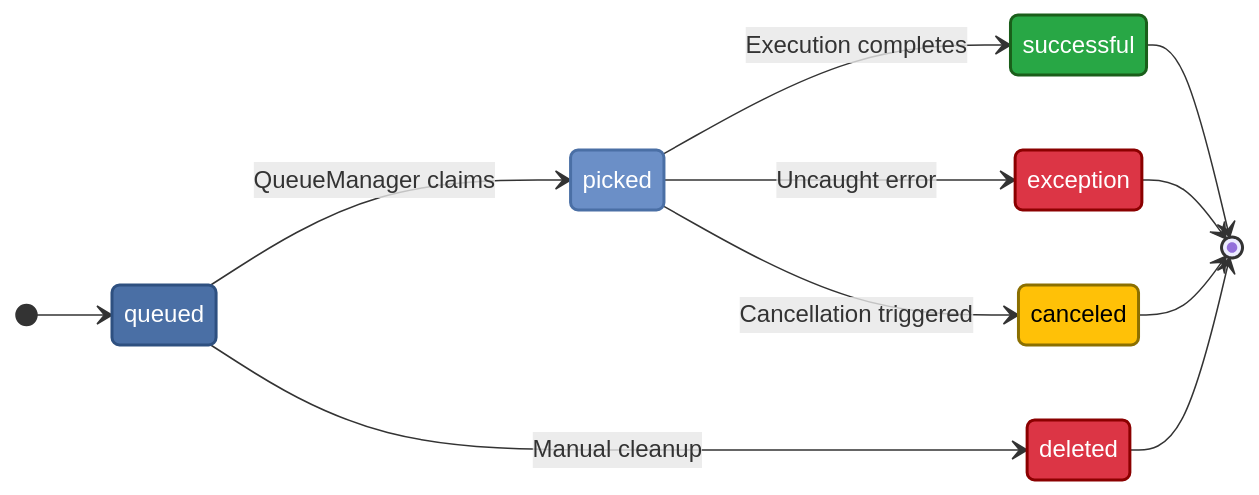
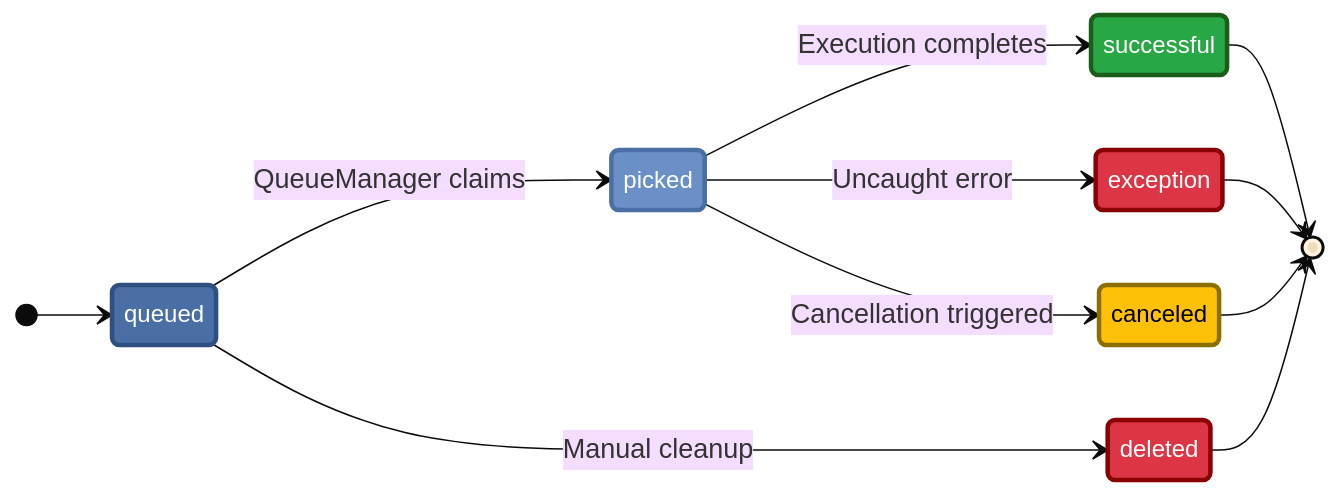
Before and after one commit to janbjorge/pgqueuer: the third of 3 diagrams in docs/reference/architecture.md, drawn with Mermaid. The commit also changed other lines of this file and 2 other files, not shown here.

First line of the commit message:
docs: improve diagram readability with larger fonts and simplified layouts

````diff
--- a/docs/reference/architecture.md
+++ b/docs/reference/architecture.md
@@ -93,31 +103,32 @@
 ```mermaid
+%%{init: {'flowchart': {'htmlLabels': true}, 'theme': 'base', 'themeVariables': {'fontSize': '18px', 'fontFamily': 'Inter, sans-serif'}}}%%
 stateDiagram-v2
     direction LR
 
     [*] --> queued
 
     queued --> picked: QueueManager claims
     queued --> deleted: Manual cleanup
 
     picked --> successful: Execution completes
     picked --> exception: Uncaught error
     picked --> canceled: Cancellation triggered
 
     successful --> [*]
     exception --> [*]
     canceled --> [*]
     deleted --> [*]
 
-    classDef pending fill:#4A6FA5,stroke:#2E5080,color:#fff,stroke-width:2px
-    classDef processing fill:#6B8FC7,stroke:#4A6FA5,color:#fff,stroke-width:2px
-    classDef success fill:#28a745,stroke:#1a5e1a,color:#fff,stroke-width:2px
-    classDef failure fill:#dc3545,stroke:#8b0000,color:#fff,stroke-width:2px
-    classDef canceled fill:#ffc107,stroke:#8b6f00,color:#000,stroke-width:2px
+    classDef pending fill:#4A6FA5,stroke:#2E5080,color:#fff,stroke-width:3px,font-size:16px
+    classDef processing fill:#6B8FC7,stroke:#4A6FA5,color:#fff,stroke-width:3px,font-size:16px
+    classDef success fill:#28a745,stroke:#1a5e1a,color:#fff,stroke-width:3px,font-size:16px
+    classDef failure fill:#dc3545,stroke:#8b0000,color:#fff,stroke-width:3px,font-size:16px
+    classDef canceled fill:#ffc107,stroke:#8b6f00,color:#000,stroke-width:3px,font-size:16px
 
     class queued pending
     class picked processing
     class successful success
     class exception failure
     class canceled canceled
     class deleted failure
 ```
````
